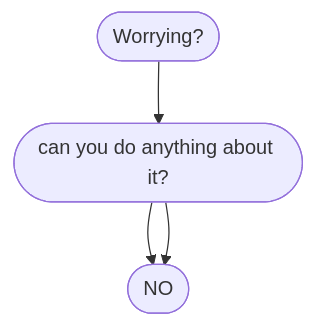
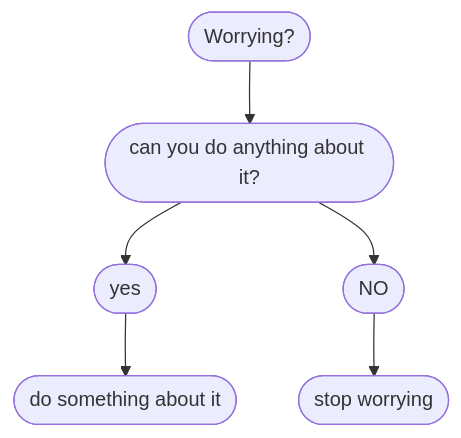
One commit to sirdanksalot/sirdanksalot.github.io changed the diagram in Diagram.md. Above: the diagram before and after it, drawn with Mermaid.

````diff
--- a/Diagram.md
+++ b/Diagram.md
@@ -1,6 +1,8 @@
 ```mermaid
 flowchart TD
 1([Worrying?]) --> 2([can you do anything about it?])
 2 --> 3([yes])
-2 --> 3([NO])
+2 --> 4([NO])
+3 --> 5([do something about it])
+4 --> 6([stop worrying])
 ```
````
